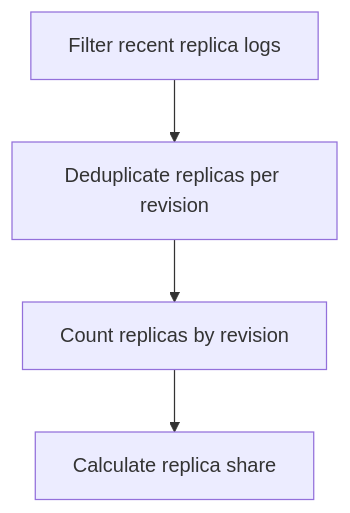
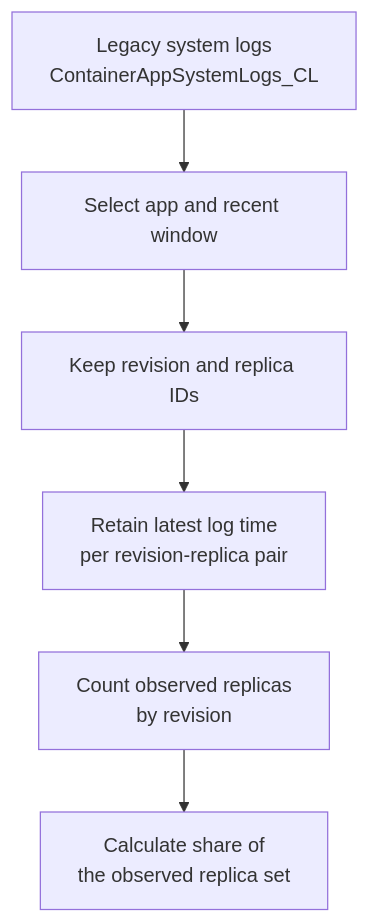
Before and after one commit to yeongseon/azure-container-apps-practical-guide: the diagram in docs/troubleshooting/kql/scaling-and-replicas/replica-distribution-by-revision.md, drawn with Mermaid. The commit also changed other lines of this file and 22 other files, not shown here.

First line of the commit message:
docs(diagrams): migrate KQL diagnostic flows (#622)

````diff
--- a/docs/troubleshooting/kql/scaling-and-replicas/replica-distribution-by-revision.md
+++ b/docs/troubleshooting/kql/scaling-and-replicas/replica-distribution-by-revision.md
@@ -36,4 +36,11 @@
 ```mermaid
 flowchart TD
-    A[Filter recent replica logs] --> B[Deduplicate replicas per revision] --> C[Count replicas by revision] --> D[Calculate replica share]
+    accTitle: Estimate recent replica distribution by revision
+    accDescr: The query selects recent legacy system-log rows for one app, keeps revision and replica identifiers, reduces each revision-replica pair to its latest event, counts distinct replicas by revision, and calculates each revision's share of the observed set.
+
+    SOURCE[Legacy system logs<br/>ContainerAppSystemLogs_CL] --> SCOPE[Select app and recent window]
+    SCOPE --> IDS[Keep revision and replica IDs]
+    IDS --> LATEST[Retain latest log time<br/>per revision-replica pair]
+    LATEST --> COUNT[Count observed replicas<br/>by revision]
+    COUNT --> SHARE[Calculate share of<br/>the observed replica set]
 ```
````
